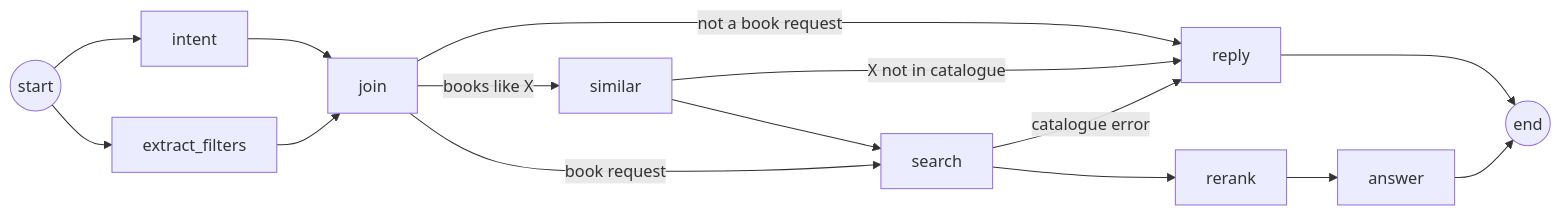
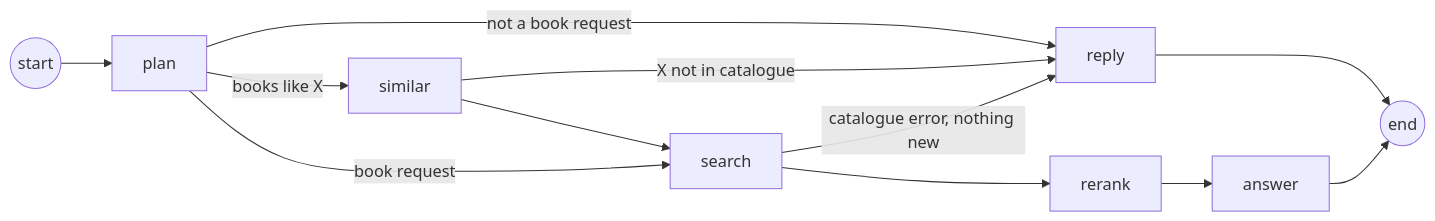
Before and after one commit to dimadux/book-agent: the diagram in AGENT_DESIGN.md, drawn with Mermaid. The commit also changed other lines of this file and 25 other files, not shown here.

````diff
--- a/AGENT_DESIGN.md
+++ b/AGENT_DESIGN.md
@@ -9,17 +19,14 @@
 ```mermaid
 flowchart LR
-    START((start)) --> intent
-    START --> extract_filters
-    intent --> join
-    extract_filters --> join
-    join -->|not a book request| reply
-    join -->|"books like X"| similar
-    join -->|book request| search
+    START((start)) --> plan
+    plan -->|not a book request| reply
+    plan -->|"books like X"| similar
+    plan -->|book request| search
     similar -->|X not in catalogue| reply
     similar --> search
-    search -->|catalogue error| reply
+    search -->|catalogue error, nothing new| reply
     search --> rerank
     rerank --> answer
     answer --> END((end))
     reply --> END
 ```
````
